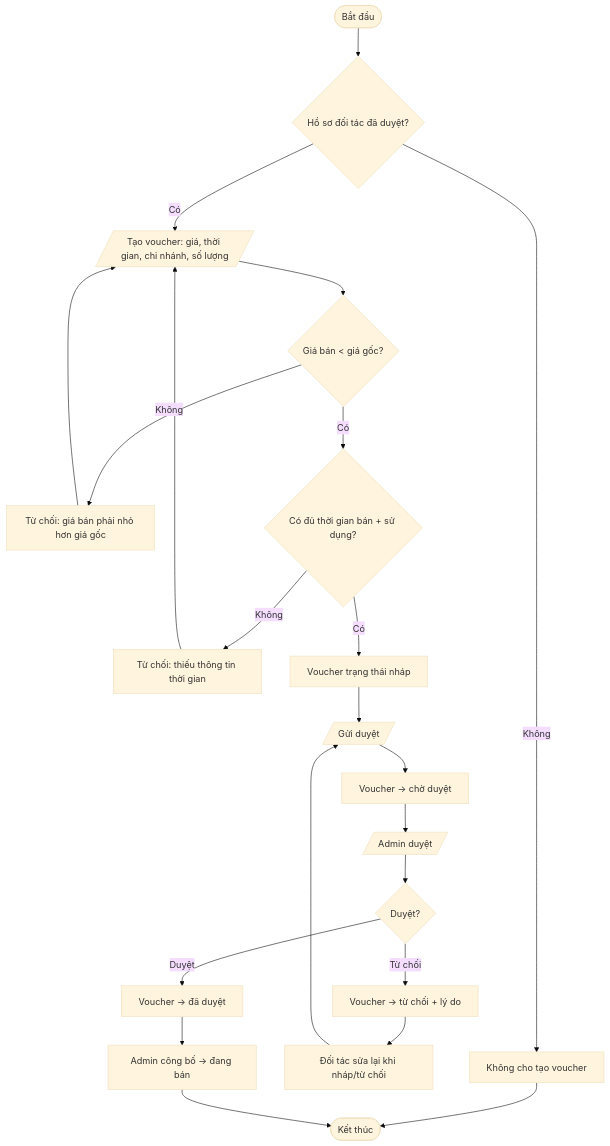
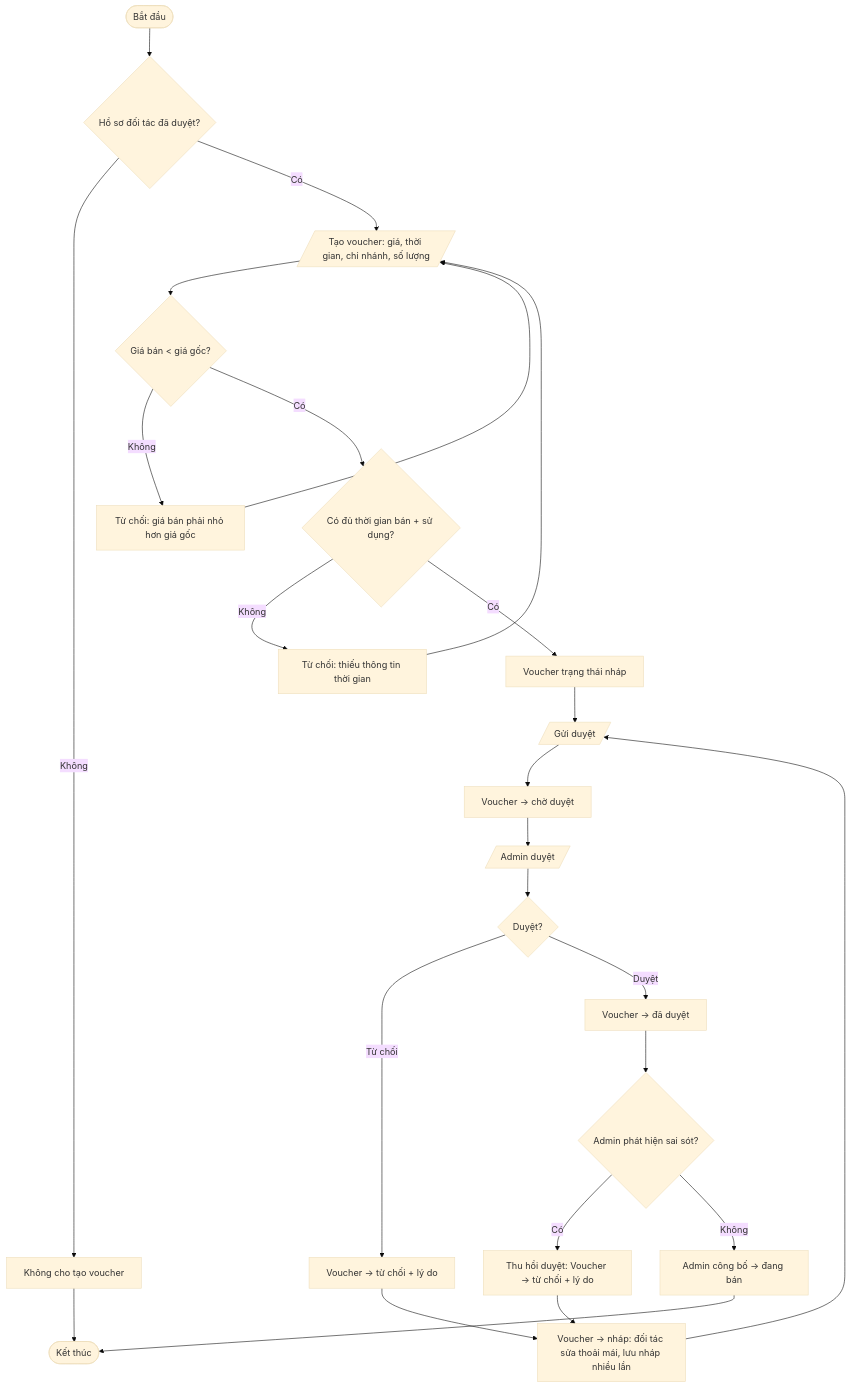
Before and after one commit to hoopyTL/EC-VoucherHub: the sixth of 12 diagrams in docs/04-activity-diagrams/README.md, drawn with Mermaid (base theme). The commit also changed 4 other files, not shown here.

````diff
--- a/docs/04-activity-diagrams/README.md
+++ b/docs/04-activity-diagrams/README.md
@@ -104,20 +104,23 @@
 ```mermaid
 flowchart TD
     start([Bắt đầu]) --> guard{Hồ sơ đối tác đã duyệt?}
     guard -->|Không| eGuard[Không cho tạo voucher] --> done
     guard -->|Có| create[/Tạo voucher: giá, thời gian, chi nhánh, số lượng/]
     create --> price{Giá bán < giá gốc?}
     price -->|Không| ePrice[Từ chối: giá bán phải nhỏ hơn giá gốc] --> create
     price -->|Có| time{Có đủ thời gian bán + sử dụng?}
     time -->|Không| eTime[Từ chối: thiếu thông tin thời gian] --> create
     time -->|Có| draft[Voucher trạng thái nháp]
     draft --> submit[/Gửi duyệt/]
     submit --> pending[Voucher → chờ duyệt]
     pending --> admin[/Admin duyệt/]
     admin --> decide{Duyệt?}
     decide -->|Từ chối| reject[Voucher → từ chối + lý do]
-    reject --> edit[Đối tác sửa lại khi nháp/từ chối] --> submit
+    reject --> redraft[Voucher → nháp: đối tác sửa thoải mái, lưu nháp nhiều lần]
+    redraft --> submit
     decide -->|Duyệt| approved[Voucher → đã duyệt]
-    approved --> publish[Admin công bố → đang bán]
+    approved --> revoke{Admin phát hiện sai sót?}
+    revoke -->|Có| revReject[Thu hồi duyệt: Voucher → từ chối + lý do] --> redraft
+    revoke -->|Không| publish[Admin công bố → đang bán]
     publish --> done([Kết thúc])
 ```
````
